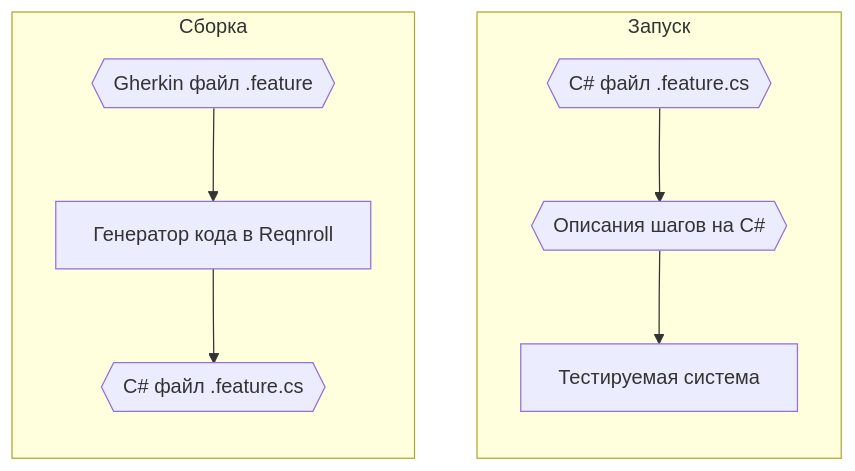
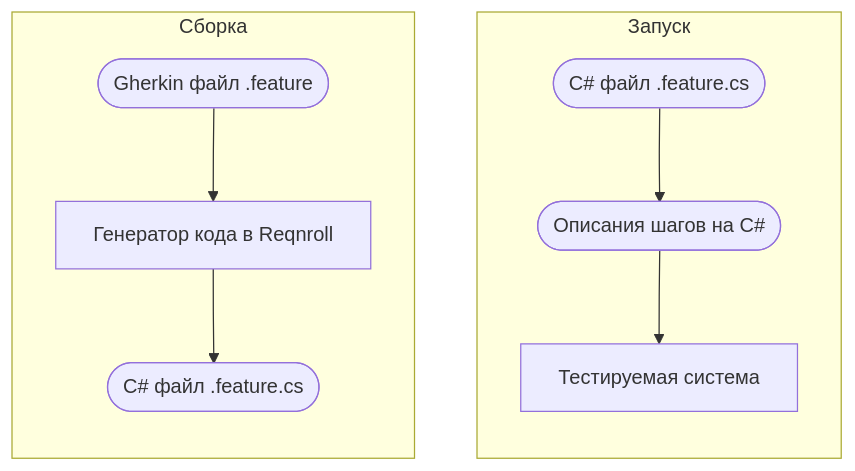
The second of 2 diagrams in _guides/gherkin.md (is-aidd-26/is-aidd-26.github.io), drawn with Mermaid before and after one commit. The commit also changed other lines of this file, not shown here.

Commit message:
Исправил синтаксис mermaid

````diff
--- a/_guides/gherkin.md
+++ b/_guides/gherkin.md
@@ -111,20 +111,20 @@
 ```mermaid
 flowchart
     subgraph "Запуск"
         direction TB
-        GeneratedTest2{{"C# файл .feature.cs"}}
-        Steps{{"Описания шагов на C#"}}
+        GeneratedTest2(["C# файл .feature.cs"])
+        Steps(["Описания шагов на C#"])
         SUT["Тестируемая система"]
         GeneratedTest2 --> Steps
         Steps --> SUT
     end
 
     subgraph "Сборка"
         direction TB
-        Gherkin{{"Gherkin файл .feature"}}
+        Gherkin(["Gherkin файл .feature"])
         CodeGenerator["Генератор кода в Reqnroll"]
-        GeneratedTest{{"C# файл .feature.cs"}}
+        GeneratedTest(["C# файл .feature.cs"])
         Gherkin --> CodeGenerator
         CodeGenerator --> GeneratedTest
     end
 ```
````
